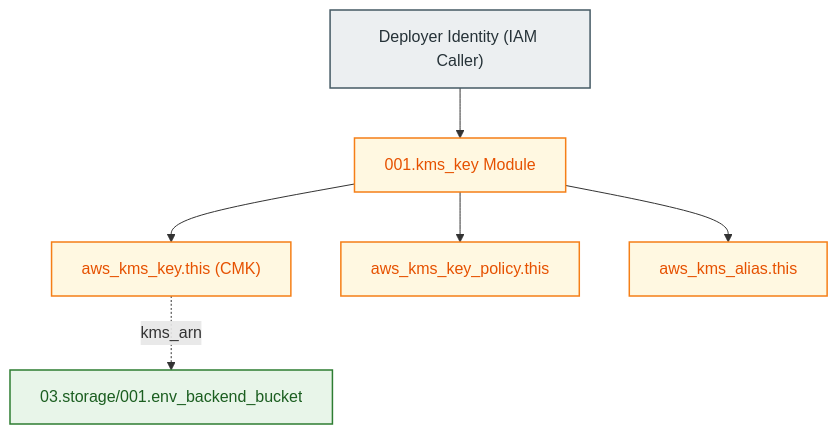
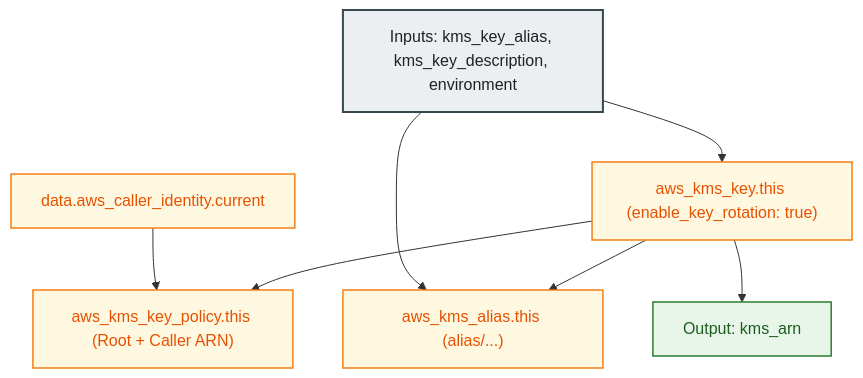
One commit to MikolajSedek/databricks_aws_deployment_01_vpc_networking changed the diagram in modules/02.security/001.kms_key/README.md. Above: the diagram before and after it, drawn with Mermaid. The commit also changed other lines of this file and 54 other files, not shown here.

````diff
--- a/modules/02.security/001.kms_key/README.md
+++ b/modules/02.security/001.kms_key/README.md
@@ -49,19 +54,20 @@
 ```mermaid
-flowchart TD
-    classDef comp fill:#FFF8E1,stroke:#F57F17,stroke-width:1.5px,color:#E65100;
-    classDef caller fill:#ECEFF1,stroke:#455A64,stroke-width:1.5px,color:#263238;
-    classDef dest fill:#E8F5E9,stroke:#2E7D32,stroke-width:1.5px,color:#1B5E20;
+graph TD
+    classDef input fill:#ECEFF1,stroke:#37474F,stroke-width:2px,color:#212121;
+    classDef res fill:#FFF8E1,stroke:#F57F17,stroke-width:1.5px,color:#E65100;
+    classDef out fill:#E8F5E9,stroke:#2E7D32,stroke-width:1.5px,color:#1B5E20;
 
-    Deployer["Deployer Identity (IAM Caller)"]:::caller
-    KMSModule["001.kms_key Module"]:::comp
-    KMSKey["aws_kms_key.this (CMK)"]:::comp
-    KMSPolicy["aws_kms_key_policy.this"]:::comp
-    KMSAlias["aws_kms_alias.this"]:::comp
-    S3Backend["03.storage/001.env_backend_bucket"]:::dest
+    Inputs["Inputs: kms_key_alias, kms_key_description, environment"]:::input
+    CallerData["data.aws_caller_identity.current"]:::res
+    KmsKey["aws_kms_key.this (enable_key_rotation: true)"]:::res
+    KmsPolicy["aws_kms_key_policy.this (Root + Caller ARN)"]:::res
+    KmsAlias["aws_kms_alias.this (alias/...)"]:::res
+    OutputArn["Output: kms_arn"]:::out
 
-    Deployer --> KMSModule
-    KMSModule --> KMSKey
-    KMSModule --> KMSPolicy
-    KMSModule --> KMSAlias
-    KMSKey -.->|"kms_arn"| S3Backend
+    Inputs --> KmsKey
+    Inputs --> KmsAlias
+    CallerData --> KmsPolicy
+    KmsKey --> KmsPolicy
+    KmsKey --> KmsAlias
+    KmsKey --> OutputArn
 ```
````
